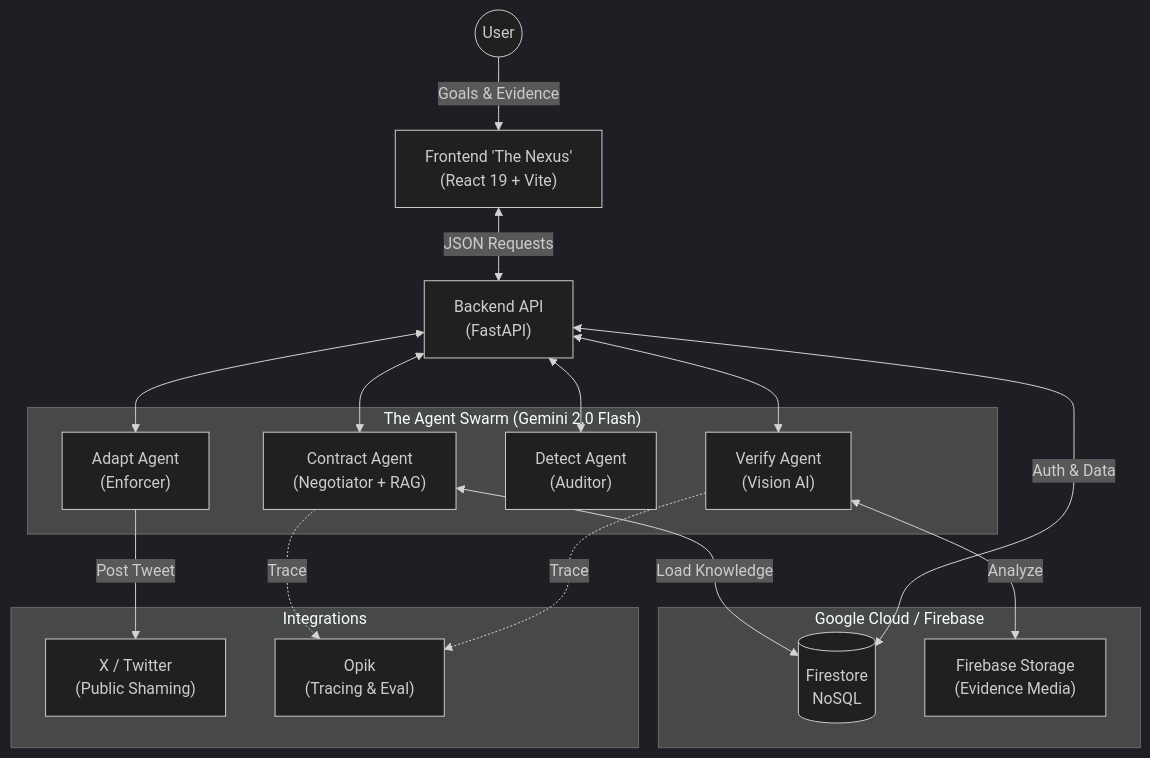
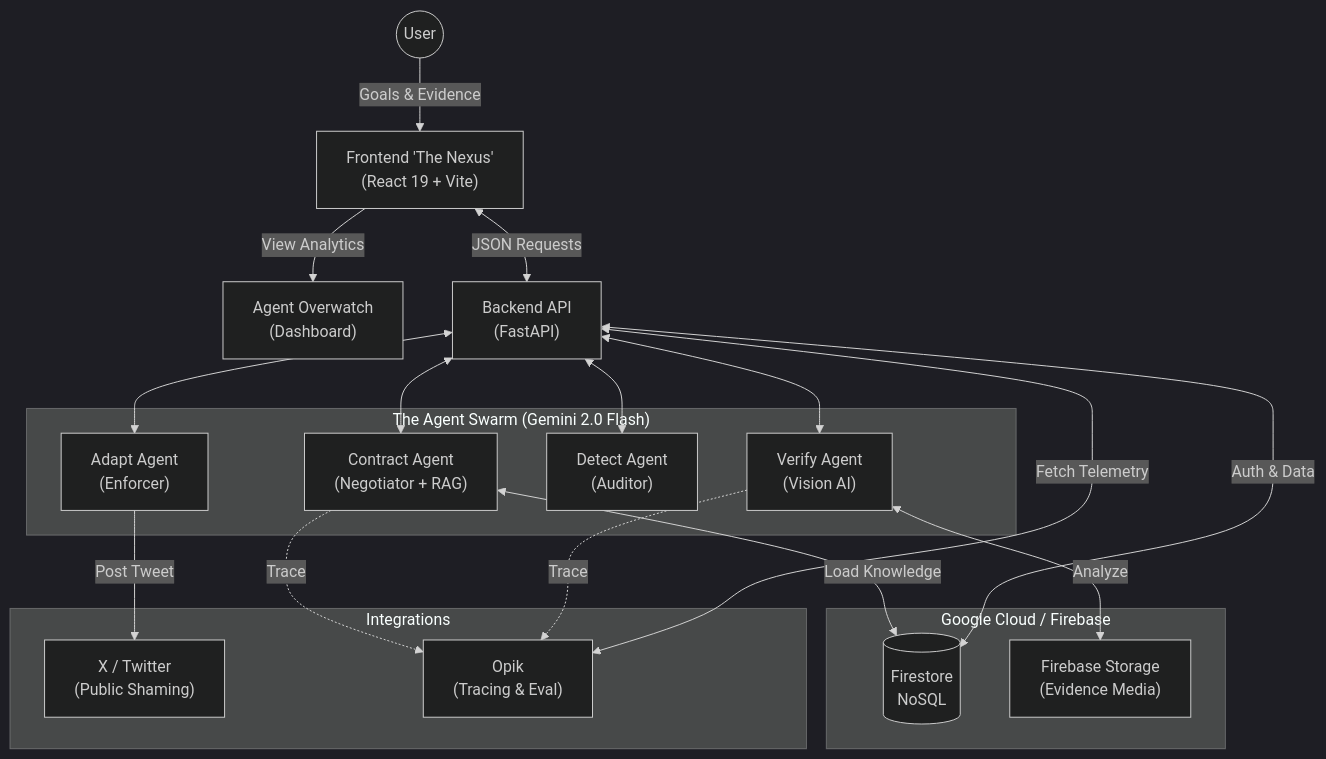
The diagram in README.md (kkadapa/PACT), drawn with Mermaid (dark theme) before and after one commit. The commit also changed other lines of this file and 5 other files, not shown here.

````diff
--- a/README.md
+++ b/README.md
@@ -26,36 +26,38 @@
 ```mermaid
 graph TD
     User((User)) -->|Goals & Evidence| UI["Frontend 'The Nexus'<br>(React 19 + Vite)"]
+    UI -->|View Analytics| Overwatch["Agent Overwatch<br>(Dashboard)"]
     UI <-->|JSON Requests| API["Backend API<br>(FastAPI)"]
     
     subgraph Google_Cloud ["Google Cloud / Firebase"]
         DB[("Firestore<br>NoSQL")]
         Storage["Firebase Storage<br>(Evidence Media)"]
     end
     
     subgraph Agents ["The Agent Swarm (Gemini 2.0 Flash)"]
         Contract["Contract Agent<br>(Negotiator + RAG)"]
         Verify["Verify Agent<br>(Vision AI)"]
         Detect["Detect Agent<br>(Auditor)"]
         Adapt["Adapt Agent<br>(Enforcer)"]
     end
     
     subgraph Integrations
         Twitter["X / Twitter<br>(Public Shaming)"]
         Opik["Opik<br>(Tracing & Eval)"]
     end
     
     API <--> Contract
     API <--> Verify
     API <--> Detect
     API <--> Adapt
     
     Contract <-->|Load Knowledge| DB
     Verify <-->|Analyze| Storage
     Adapt -->|Post Tweet| Twitter
     
     Contract -.->|Trace| Opik
     Verify -.->|Trace| Opik
     
     API <-->|Auth & Data| DB
+    API <-->|Fetch Telemetry| Opik
 ```
````
